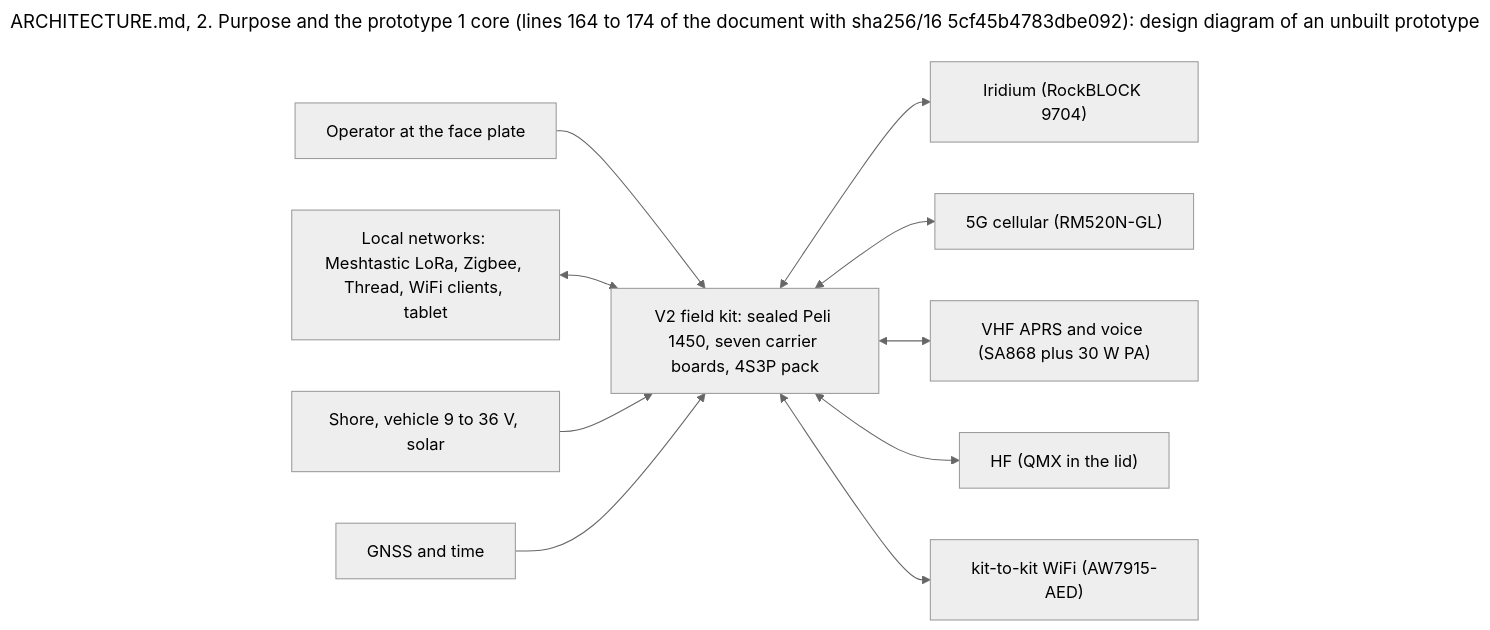
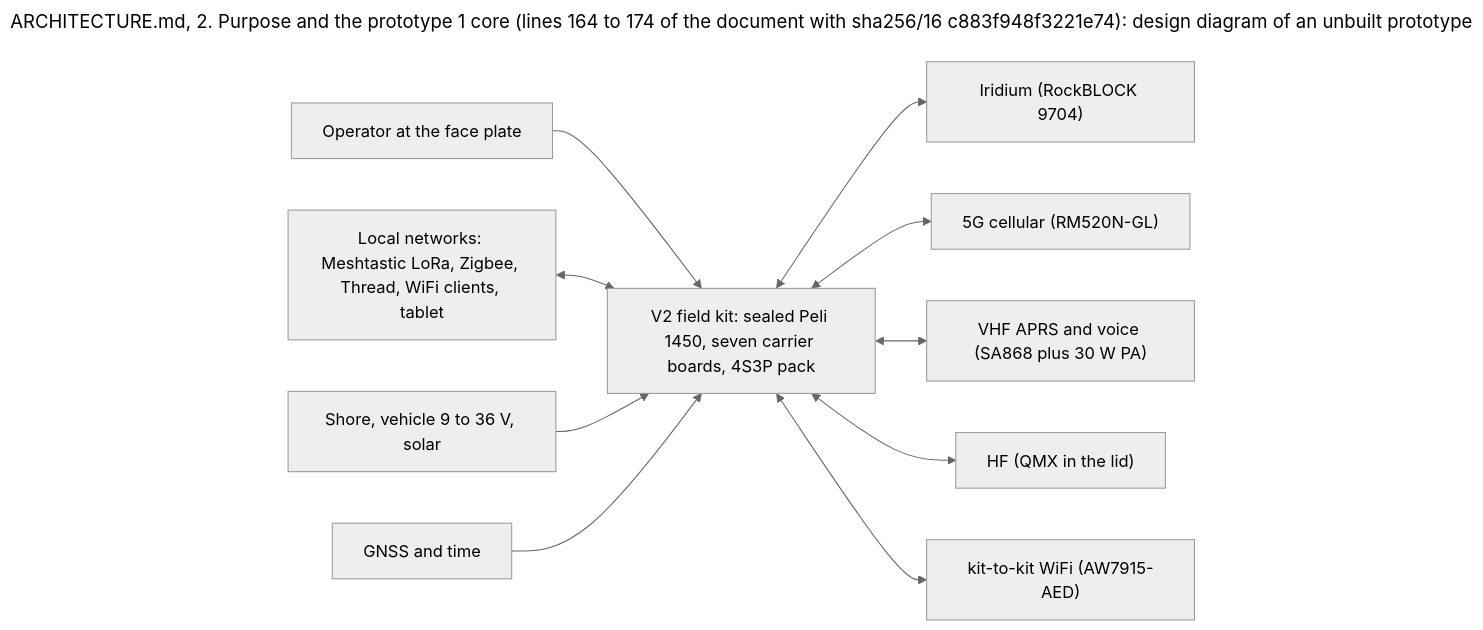
Before and after one commit to meshsat/meshsat-fieldkit: the diagram in v2/docs/diagrams/src/arch-2-context.mmd, drawn with Mermaid (neutral theme). The commit also changed 32 other files, not shown here.

Commit message:
docs(diagrams): all eleven diagrams rebuilt after sets 6 to 9 on the rented box (the power tree with board D's feed through U41 and U23, the control lines through board B's per-slot EMCON gates, the case drawings), 11 of 11 current against the manifest, the readback without a problem [MESHSAT-1357]

```diff
--- a/v2/docs/diagrams/src/arch-2-context.mmd
+++ b/v2/docs/diagrams/src/arch-2-context.mmd
@@ -1,14 +1,14 @@
 ---
-title: "ARCHITECTURE.md, 2. Purpose and the prototype 1 core (lines 164 to 174 of the document with sha256/16 5cf45b4783dbe092): design diagram of an unbuilt prototype"
+title: "ARCHITECTURE.md, 2. Purpose and the prototype 1 core (lines 164 to 174 of the document with sha256/16 c883f948f3221e74): design diagram of an unbuilt prototype"
 ---
 flowchart LR
   OP["Operator at the face plate"] --> KIT
   LOCAL["Local networks: Meshtastic LoRa, Zigbee, Thread, WiFi clients, tablet"] <--> KIT
   KIT["V2 field kit: sealed Peli 1450, seven carrier boards, 4S3P pack"]
   KIT <--> IRI["Iridium (RockBLOCK 9704)"]
   KIT <--> CELL["5G cellular (RM520N-GL)"]
   KIT <--> APRS["VHF APRS and voice (SA868 plus 30 W PA)"]
   KIT <--> HF["HF (QMX in the lid)"]
   KIT <--> K2K["kit-to-kit WiFi (AW7915-AED)"]
   SHORE["Shore, vehicle 9 to 36 V, solar"] --> KIT
   GNSS["GNSS and time"] --> KIT
```
